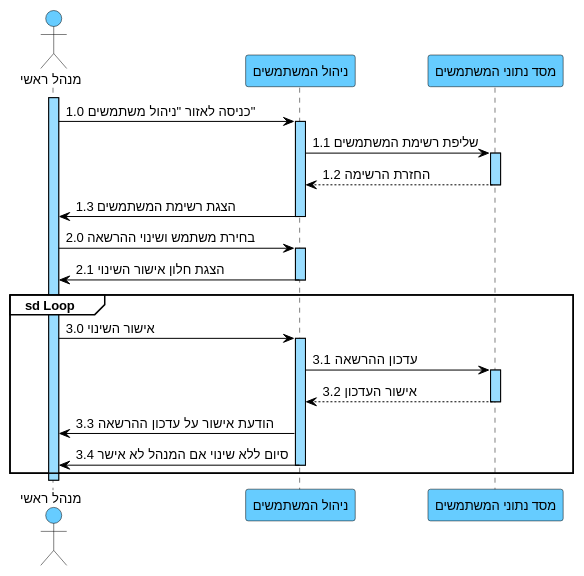
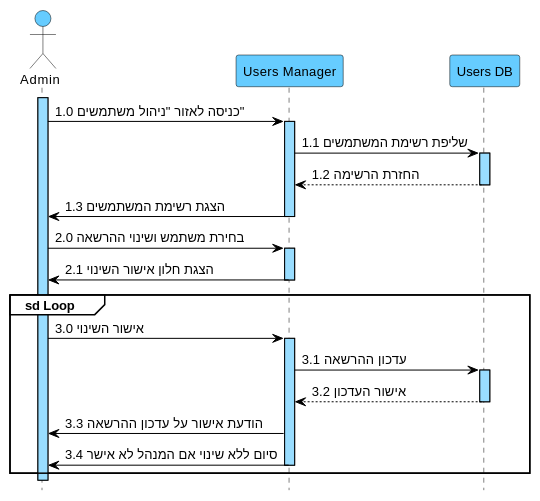
One commit to arielkaplan20/GOLDEN_HAIR_SALOAN changed the diagram in docs/diagrams/puml/10-seq-suc10-ניהול-משתמשים.puml. Above: the diagram before and after it, drawn with PlantUML. The commit also changed 26 other files, not shown here.

```diff
--- a/docs/diagrams/puml/10-seq-suc10-ניהול-משתמשים.puml
+++ b/docs/diagrams/puml/10-seq-suc10-ניהול-משתמשים.puml
@@ -1,52 +1,53 @@
 @startuml
+hide footbox
 skinparam backgroundColor white
 skinparam defaultFontName Arial
 skinparam defaultFontSize 13
 skinparam sequence {
 ArrowColor black
 ArrowFontColor black
 ActorBorderColor black
 ActorBackgroundColor #66CCFF
 LifeLineBorderColor black
 LifeLineBackgroundColor #99DDFF
 ParticipantBorderColor black
 ParticipantBackgroundColor #66CCFF
 ParticipantFontColor black
 ParticipantFontSize 13
 GroupBorderColor black
 GroupBackgroundColor white
 GroupHeaderFontColor black
 }
 
-actor "מנהל ראשי" as A
-participant "ניהול המשתמשים" as UM
-participant "מסד נתוני המשתמשים" as DB
+actor "Admin" as A
+participant "Users Manager" as UM
+participant "Users DB" as DB
 
 activate A
 A -> UM : 1.0 כניסה לאזור "ניהול משתמשים"
 activate UM
 UM -> DB : 1.1 שליפת רשימת המשתמשים
 activate DB
 DB --> UM : 1.2 החזרת הרשימה
 deactivate DB
 UM -> A : 1.3 הצגת רשימת המשתמשים
 deactivate UM
 
 A -> UM : 2.0 בחירת משתמש ושינוי ההרשאה
 activate UM
 UM -> A : 2.1 הצגת חלון אישור השינוי
 deactivate UM
 
 group sd Loop
 A -> UM : 3.0 אישור השינוי
 activate UM
 UM -> DB : 3.1 עדכון ההרשאה
 activate DB
 DB --> UM : 3.2 אישור העדכון
 deactivate DB
 UM -> A : 3.3 הודעת אישור על עדכון ההרשאה
 UM -> A : 3.4 סיום ללא שינוי אם המנהל לא אישר
 deactivate UM
 end
 deactivate A
 @enduml
```
